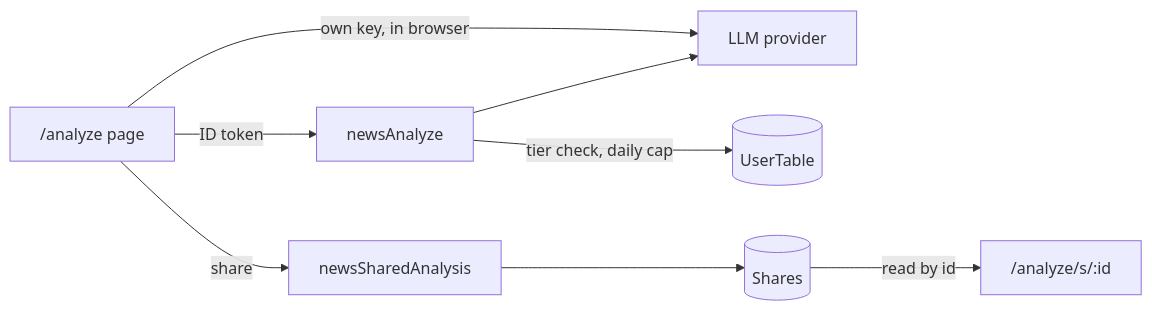
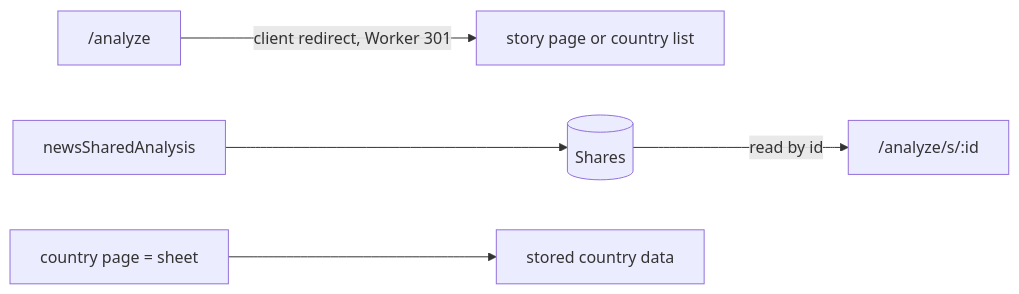
Before and after one commit to BenBen05059997/globalPerspective-v1: the eighth of 9 diagrams in project-docs/architecture/ARCHITECTURE.md, drawn with Mermaid. The commit also changed other lines of this file and 13 other files, not shown here.

First line of the commit message:
Docs for the Studio retirement: decision 0033, ARCHITECTURE flow 6, STATUS, READMEs

````diff
--- a/project-docs/architecture/ARCHITECTURE.md
+++ b/project-docs/architecture/ARCHITECTURE.md
@@ -371,10 +369,7 @@
 ```mermaid
 flowchart LR
-  st["/analyze page"] -->|own key, in browser| ll[LLM provider]
-  st -->|ID token| na[newsAnalyze]
-  na -->|tier check, daily cap| ut[(UserTable)]
-  na --> ll
-  st -->|share| sa[newsSharedAnalysis]
-  sa --> sh[(Shares)]
+  old["/analyze"] -->|client redirect, Worker 301| st["story page or country list"]
+  sa[newsSharedAnalysis] --> sh[(Shares)]
   sh -->|read by id| ss["/analyze/s/:id"]
+  cp["country page = sheet"] --> ds[stored country data]
 ```
````
